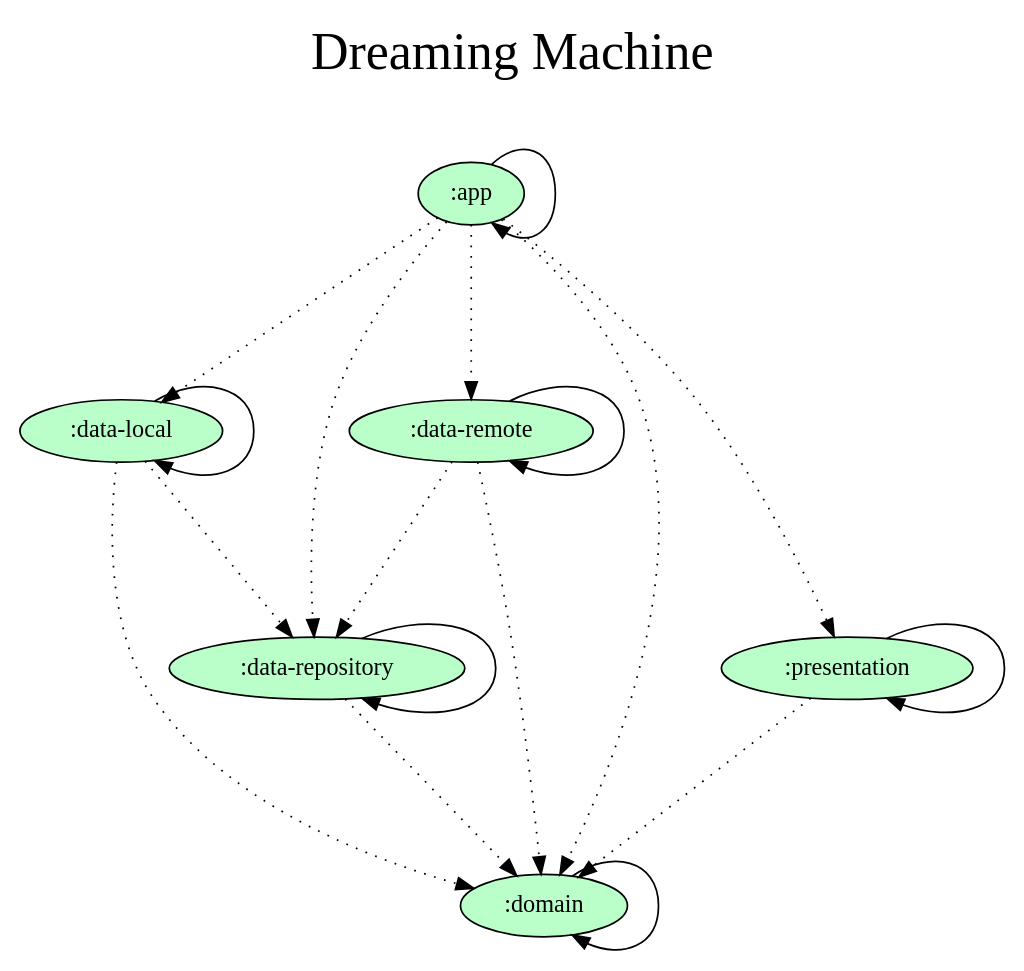
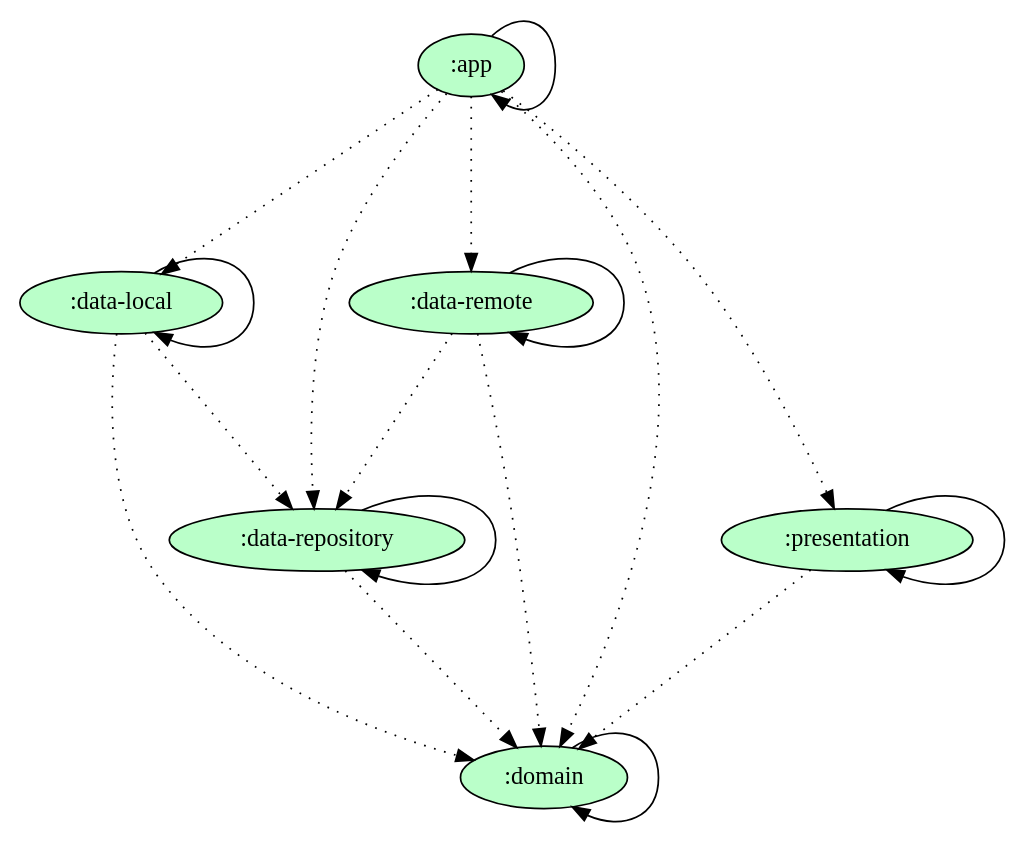
The diagram in gradle/dependency-graph/project.dot (alexru26/DreamingMachine), drawn with Graphviz before and after one commit. The commit also changed 2 other files, not shown here.

```diff
--- a/gradle/dependency-graph/project.dot
+++ b/gradle/dependency-graph/project.dot
@@ -1,36 +1,36 @@
 digraph {
-  graph [label="Dreaming Machine\n ",labelloc=t,fontsize=30,ranksep=1.4];
+  graph [ranksep=1.4];
   node [style=filled, fillcolor="#bbbbbb"];
   rankdir=TB;
 
   # Projects
 
   ":app" [fillcolor="#baffc9"];
   ":data-local" [fillcolor="#baffc9"];
   ":data-remote" [fillcolor="#baffc9"];
   ":data-repository" [fillcolor="#baffc9"];
   ":domain" [fillcolor="#baffc9"];
   ":presentation" [fillcolor="#baffc9"];
 
   {rank = same;}
 
   # Dependencies
 
   ":app" -> ":app"
   ":app" -> ":presentation" [style=dotted]
   ":app" -> ":domain" [style=dotted]
   ":app" -> ":data-remote" [style=dotted]
   ":app" -> ":data-local" [style=dotted]
   ":app" -> ":data-repository" [style=dotted]
   ":presentation" -> ":presentation"
   ":presentation" -> ":domain" [style=dotted]
   ":domain" -> ":domain"
   ":data-remote" -> ":data-remote"
   ":data-remote" -> ":domain" [style=dotted]
   ":data-remote" -> ":data-repository" [style=dotted]
   ":data-local" -> ":data-local"
   ":data-local" -> ":domain" [style=dotted]
   ":data-local" -> ":data-repository" [style=dotted]
   ":data-repository" -> ":data-repository"
   ":data-repository" -> ":domain" [style=dotted]
 }
```
